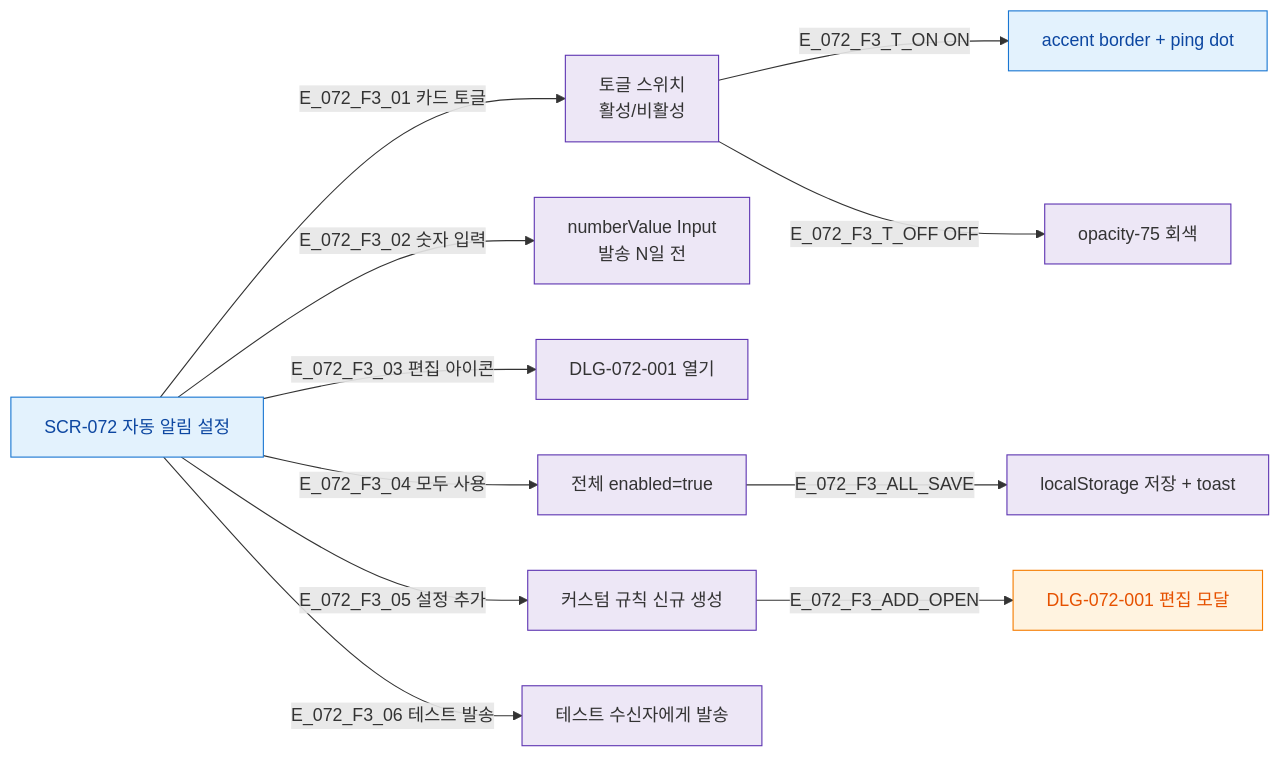
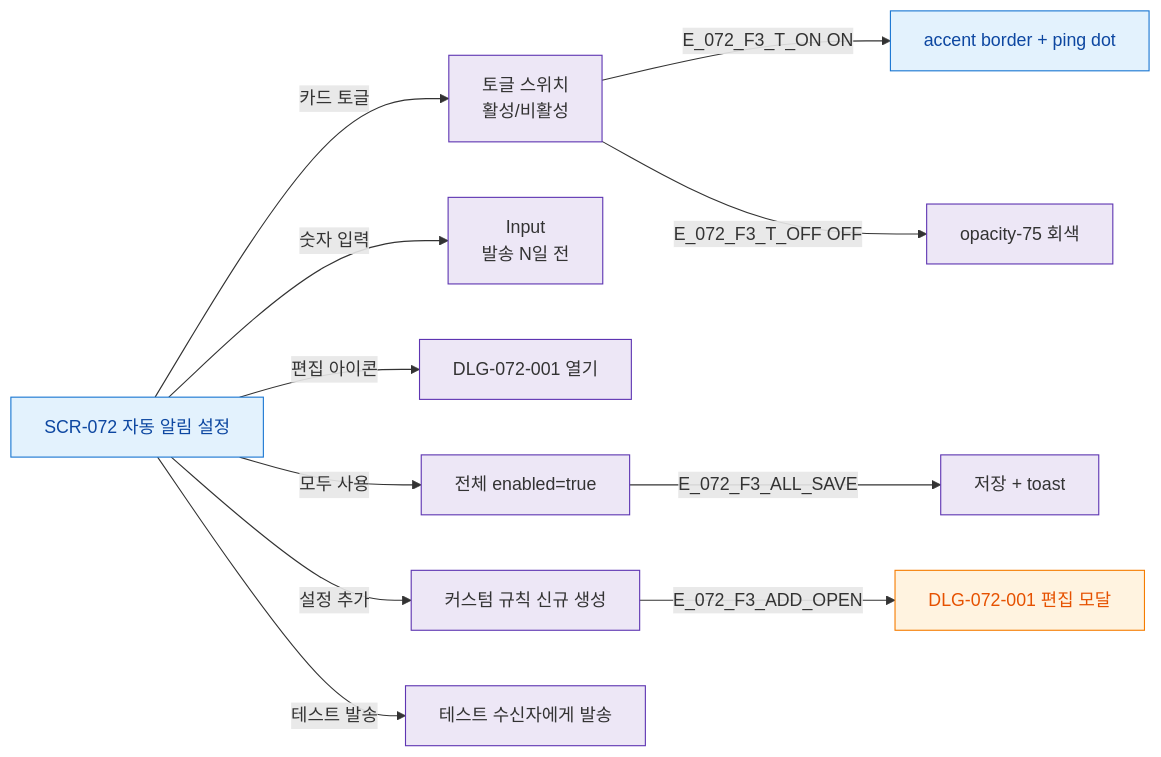
The diagram in docs/다이어그램/D08_마케팅/SCR-072_자동알림설정/F3_버튼액션.md (dev-spogym/admin-pando), drawn with Mermaid before and after one commit. The commit also changed other lines of this file and 1660 other files, not shown here.

First line of the commit message:
다이어그램: 기획자/클라이언트 납품본으로 정리

````diff
--- a/docs/다이어그램/D08_마케팅/SCR-072_자동알림설정/F3_버튼액션.md
+++ b/docs/다이어그램/D08_마케팅/SCR-072_자동알림설정/F3_버튼액션.md
@@ -14,24 +12,24 @@
 ```mermaid
 flowchart LR
   SCR_072[SCR-072 자동 알림 설정]
 
-  SCR_072 -->|E_072_F3_01 카드 토글| BTN_TOGGLE[토글 스위치\n활성/비활성]
-  SCR_072 -->|E_072_F3_02 숫자 입력| BTN_NUM[numberValue Input\n발송 N일 전]
-  SCR_072 -->|E_072_F3_03 편집 아이콘| BTN_EDIT[DLG-072-001 열기]
-  SCR_072 -->|E_072_F3_04 모두 사용| BTN_ALL[전체 enabled=true]
-  SCR_072 -->|E_072_F3_05 설정 추가| BTN_ADD[커스텀 규칙 신규 생성]
-  SCR_072 -->|E_072_F3_06 테스트 발송| BTN_TEST[테스트 수신자에게 발송]
+  SCR_072 -->|카드 토글|BTN_TOGGLE[토글 스위치\n활성/비활성]
+  SCR_072 -->|숫자 입력|BTN_NUM[Input\n발송 N일 전]
+  SCR_072 -->|편집 아이콘|BTN_EDIT[DLG-072-001 열기]
+  SCR_072 -->|모두 사용|BTN_ALL[전체 enabled=true]
+  SCR_072 -->|설정 추가|BTN_ADD[커스텀 규칙 신규 생성]
+  SCR_072 -->|테스트 발송|BTN_TEST[테스트 수신자에게 발송]
 
-  BTN_TOGGLE -->|E_072_F3_T_ON ON| STYLE_ACTIVE[accent border + ping dot]
-  BTN_TOGGLE -->|E_072_F3_T_OFF OFF| STYLE_INACTIVE[opacity-75 회색]
-  BTN_ALL -->|E_072_F3_ALL_SAVE| SAVE[localStorage 저장 + toast]
-  BTN_ADD -->|E_072_F3_ADD_OPEN| DLG_001[DLG-072-001 편집 모달]
+  BTN_TOGGLE -->|E_072_F3_T_ON ON|STYLE_ACTIVE[accent border + ping dot]
+  BTN_TOGGLE -->|E_072_F3_T_OFF OFF|STYLE_INACTIVE[opacity-75 회색]
+  BTN_ALL -->|E_072_F3_ALL_SAVE|SAVE[저장 + toast]
+  BTN_ADD -->|E_072_F3_ADD_OPEN|DLG_001[DLG-072-001 편집 모달]
 
-  classDef screen      fill:#E3F2FD,stroke:#1976D2,color:#0D47A1
-  classDef modal       fill:#FFF3E0,stroke:#F57C00,color:#E65100
-  classDef system      fill:#EDE7F6,stroke:#5E35B2
+  classDef screen fill:#E3F2FD,stroke:#1976D2,color:#0D47A1
+  classDef modal fill:#FFF3E0,stroke:#F57C00,color:#E65100
+  classDef system fill:#EDE7F6,stroke:#5E35B2
 
   class SCR_072,STYLE_ACTIVE screen
   class DLG_001 modal
   class BTN_TOGGLE,BTN_NUM,BTN_EDIT,BTN_ALL,BTN_ADD,BTN_TEST,STYLE_INACTIVE,SAVE system
 ```
````
